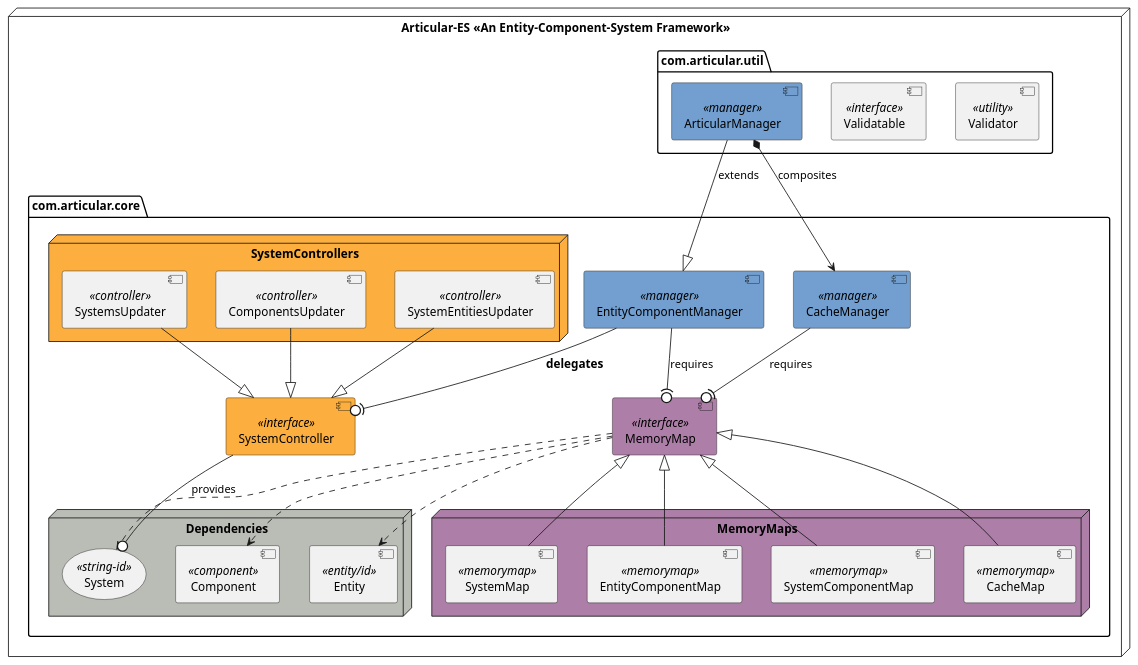
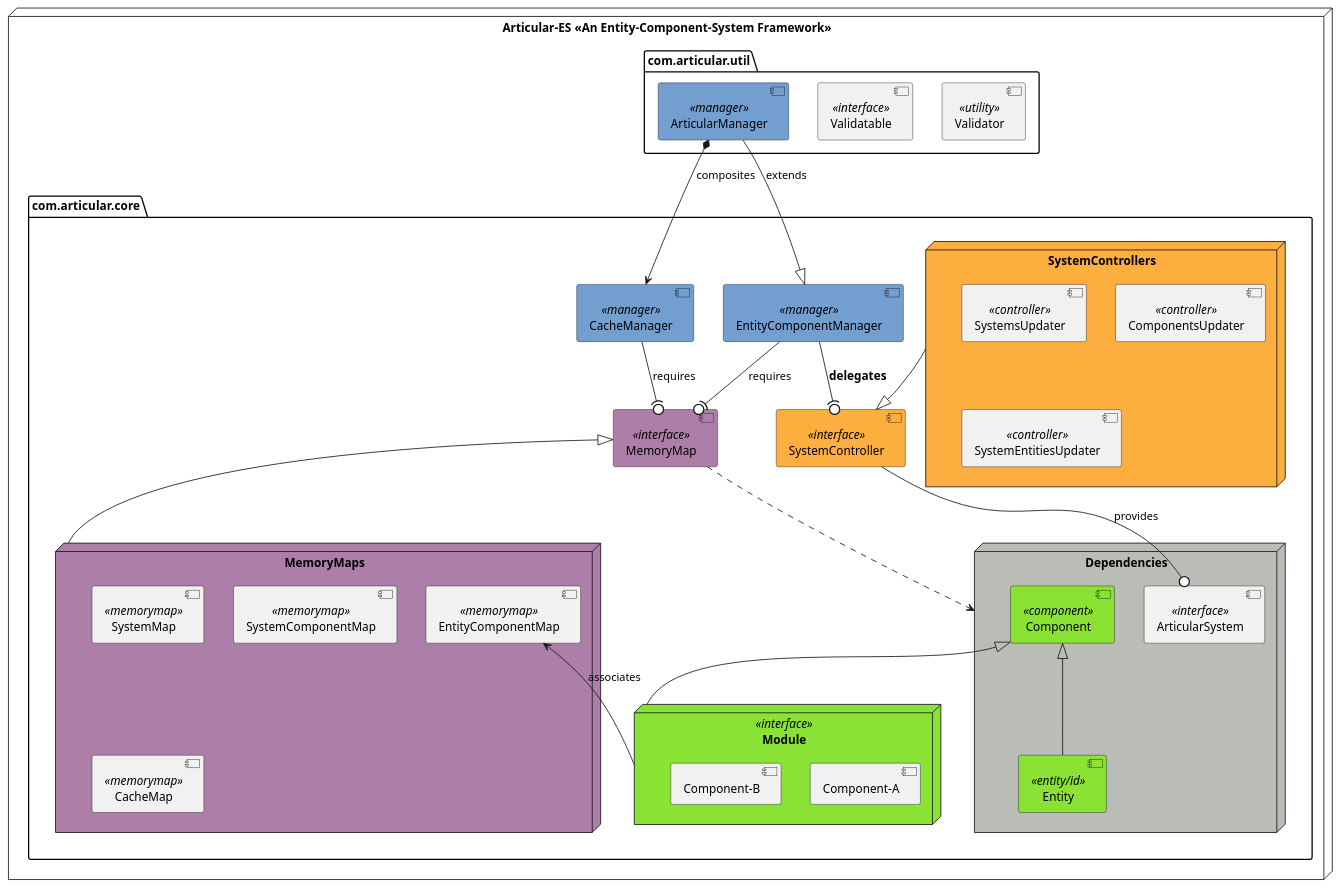
Before and after one commit to Electrostat-Lab/Articular-ES: the diagram in .assets/component-interface-design.puml, drawn with PlantUML. The commit also changed 1 other file, not shown here.

Commit message:
Architecture update (#12)
* architecture: added Module, and System interfaces

```diff
--- a/.assets/component-interface-design.puml
+++ b/.assets/component-interface-design.puml
@@ -1,60 +1,63 @@
 @startuml
 'https://plantuml.com/component-diagram
 
 node "Articular-ES <<An Entity-Component-System Framework>>" {
     package "com.articular.core"
     package "com.articular.util"
 }
 
 package "com.articular.core" {
     [MemoryMap] <<interface>> #AD7FA8
     [SystemController] <<interface>> #FCAF3E
     [EntityComponentManager] <<manager>> #729FCF
     [CacheManager] <<manager>> #729FCF
     [EntityComponentManager] --(0 MemoryMap : requires
     [CacheManager] --(0 MemoryMap : requires
     [EntityComponentManager] --(0 SystemController : ===delegates
 
+    node "Module" <<interface>> #8AE234 {
+        [Component-A]
+        [Component-B]
+    }
+
     node "SystemControllers" #FCAF3E {
         [SystemsUpdater] <<controller>>
         [ComponentsUpdater] <<controller>>
         [SystemEntitiesUpdater] <<controller>>
 
-        [SystemsUpdater] --|> [SystemController]
-        [ComponentsUpdater] --|> [SystemController]
-        [SystemEntitiesUpdater] --|> [SystemController]
+        "SystemControllers" --|> [SystemController]
     }
 
     node "Dependencies" #BABDB6 {
-        (System) <<string-id>>
-        [Component] <<component>>
-        [Entity] <<entity/id>>
+        [ArticularSystem] <<interface>>
+        [Component] <<component>> #8AE234
+        [Entity] <<entity/id>> #8AE234
 
-        [MemoryMap] ..> [Component]
-        [MemoryMap] ..> [Entity]
-        [MemoryMap] ..> (System)
-        [SystemController] --0 (System) : provides
+        [MemoryMap] ..> "Dependencies"
+        [SystemController] --0 [ArticularSystem] : provides
+
+        [Component] <|-- [Entity]
+        [Component] <|-- [Module]
     }
 
     node "MemoryMaps" #AD7FA8 {
+        [MemoryMap] <|-- "MemoryMaps"
+
         [SystemMap] <<memorymap>>
         [EntityComponentMap] <<memorymap>>
         [SystemComponentMap] <<memorymap>>
         [CacheMap] <<memorymap>>
 
-        [MemoryMap] <|-- [SystemMap]
-        [MemoryMap] <|-- [EntityComponentMap]
-        [MemoryMap] <|-- [SystemComponentMap]
-        [MemoryMap] <|-- [CacheMap]
+        [EntityComponentMap] <-- [Module] : associates
     }
 }
 
 package "com.articular.util" {
     [Validator] <<utility>>
     [Validatable] <<interface>>
     [ArticularManager] <<manager>> #729FCF
     [ArticularManager] --|> [EntityComponentManager] : extends
     [ArticularManager] *--> [CacheManager] : composites
 }
 
 @enduml
```
